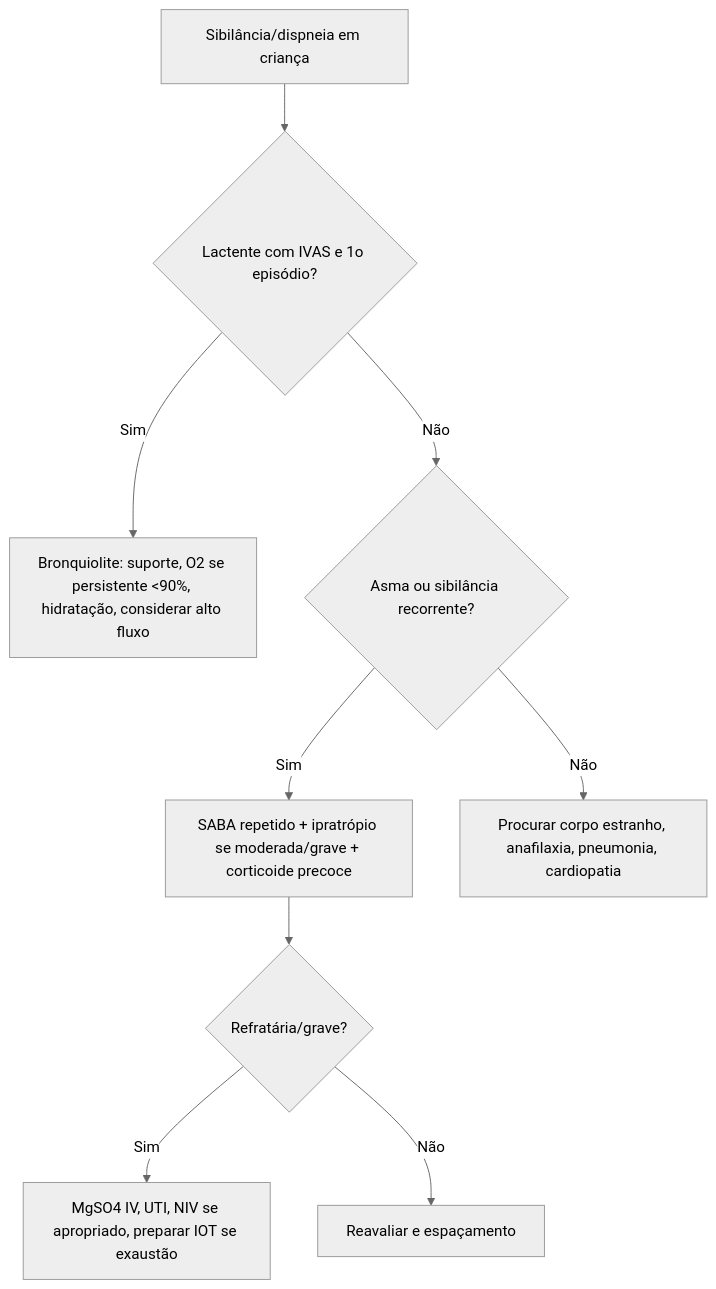
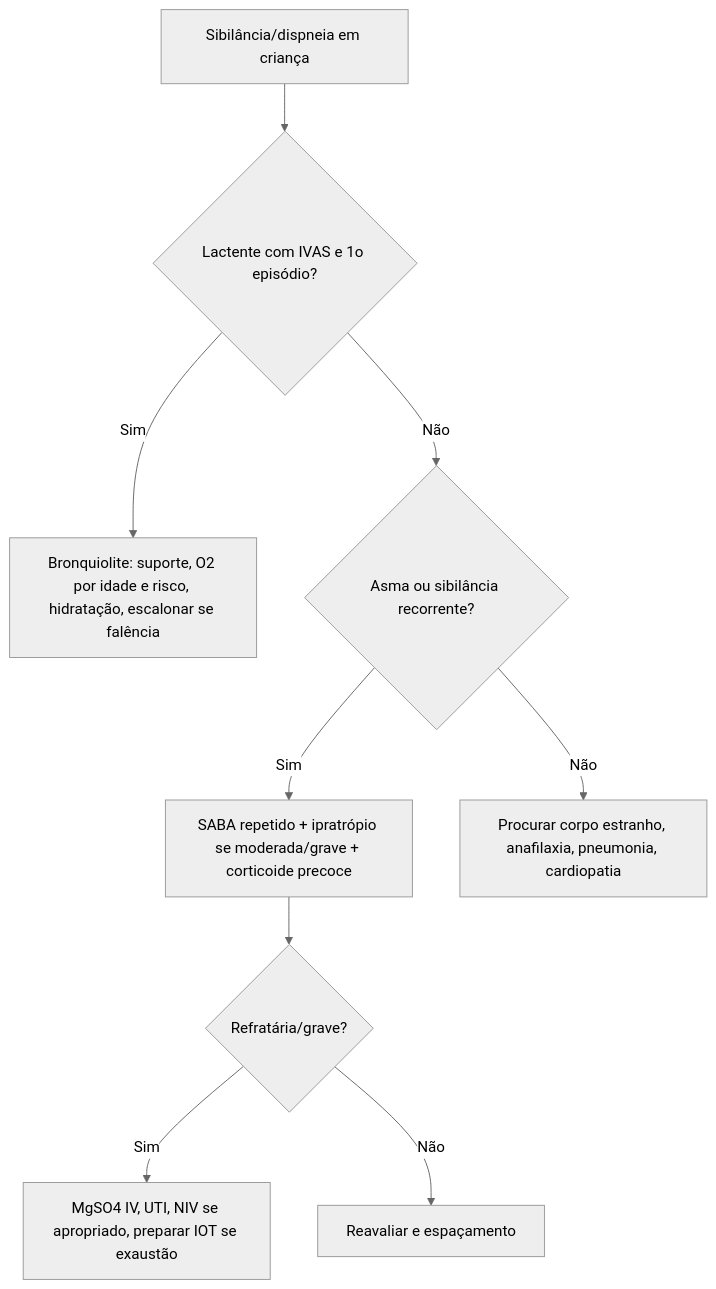
Before and after one commit to ThiagoPersona/emergencia26: the second of 3 diagrams in Intensivao/temas/010_emergencias-pediatricas.md, drawn with Mermaid (neutral theme). The commit also changed other lines of this file and 5 other files, not shown here.

````diff
--- a/Intensivao/temas/010_emergencias-pediatricas.md
+++ b/Intensivao/temas/010_emergencias-pediatricas.md
@@ -255,11 +273,11 @@
 ```mermaid
 flowchart TD
     A[Sibilância/dispneia em criança] --> B{Lactente com IVAS e 1o episódio?}
-    B -->|Sim| C[Bronquiolite: suporte, O2 se persistente <90%, hidratação, considerar alto fluxo]
+    B -->|Sim| C[Bronquiolite: suporte, O2 por idade e risco, hidratação, escalonar se falência]
     B -->|Não| D{Asma ou sibilância recorrente?}
     D -->|Sim| E[SABA repetido + ipratrópio se moderada/grave + corticoide precoce]
     E --> F{Refratária/grave?}
     F -->|Sim| G[MgSO4 IV, UTI, NIV se apropriado, preparar IOT se exaustão]
     F -->|Não| H[Reavaliar e espaçamento]
     D -->|Não| I[Procurar corpo estranho, anafilaxia, pneumonia, cardiopatia]
 ```
````
